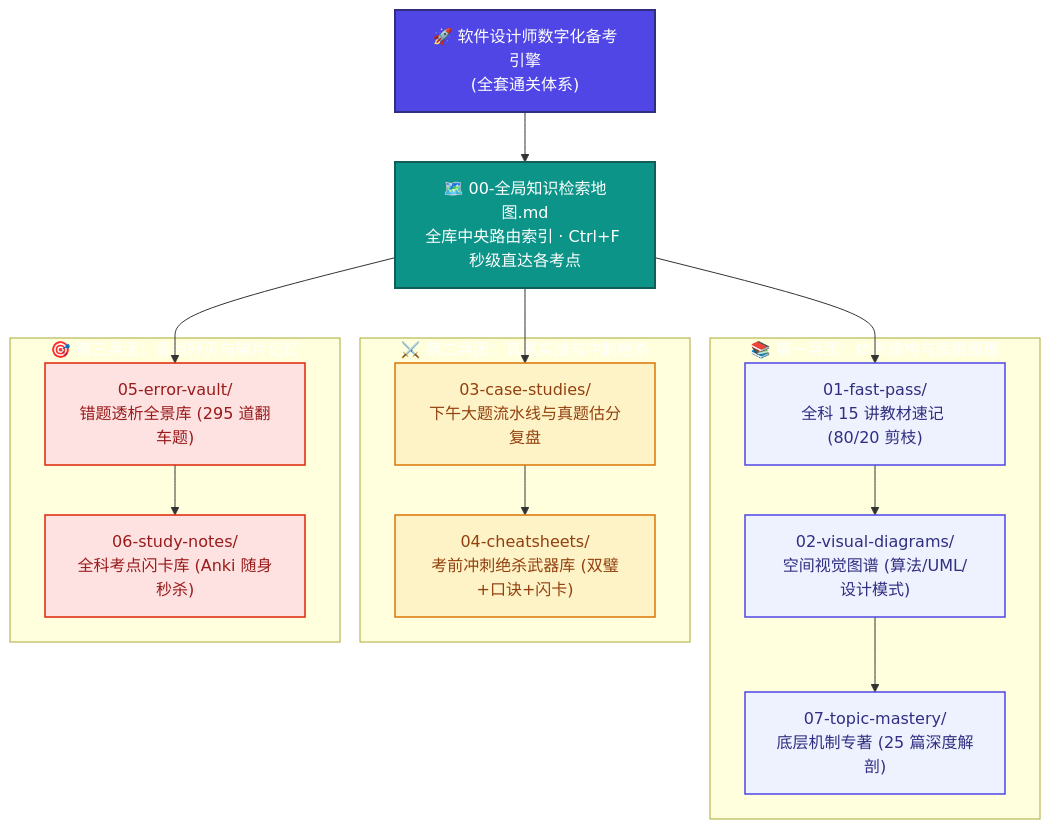
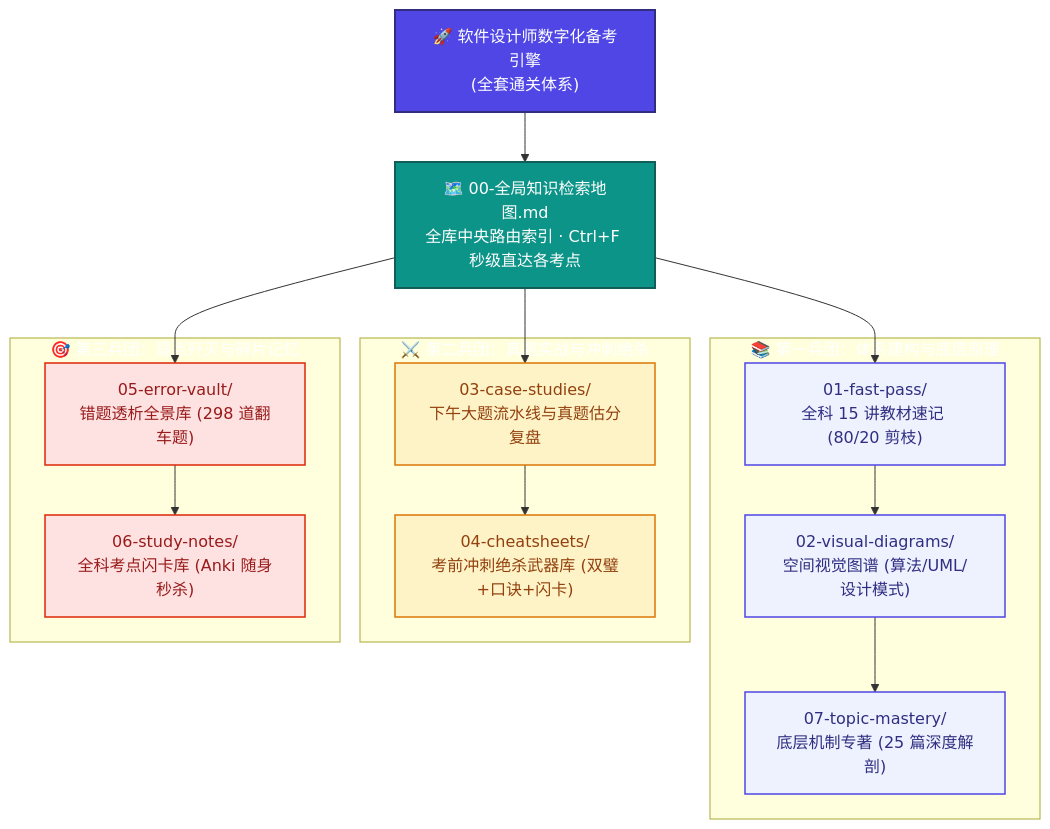
One commit to cpsa3/software-designer-fast-pass changed the diagram in README.md. Above: the diagram before and after it, drawn with Mermaid. The commit also changed other lines of this file and 2 other files, not shown here.

Commit message:
docs(error-vault): 归档错题296~298(ICMP网络层伴生协议/正规式运算符优先级/策略模式动态日志输出)

````diff
--- a/README.md
+++ b/README.md
@@ -70,36 +70,36 @@
 ```mermaid
 flowchart TD
     classDef root fill:#4F46E5,stroke:#312E81,stroke-width:2px,color:#fff
     classDef hub fill:#0D9488,stroke:#115E59,stroke-width:2px,color:#fff
     classDef base fill:#EEF2FF,stroke:#4F46E5,stroke-width:1.5px,color:#312E81
     classDef exam fill:#FEF3C7,stroke:#D97706,stroke-width:1.5px,color:#92400E
     classDef vault fill:#FEE2E2,stroke:#DC2706,stroke-width:1.5px,color:#991B1B
 
     Root["🚀 软件设计师数字化备考引擎<br>(全套通关体系)"]:::root
     Map["🗺️ 00-全局知识检索地图.md<br>全库中央路由索引 · Ctrl+F 秒级直达各考点"]:::hub
 
     Root --> Map
 
     subgraph G1["📚 第一兵团：体系建构与底层原理"]
         M1["01-fast-pass/<br>全科 15 讲教材速记 (80/20 剪枝)"]:::base
         M2["02-visual-diagrams/<br>空间视觉图谱 (算法/UML/设计模式)"]:::base
         M7["07-topic-mastery/<br>底层机制专著 (25 篇深度解剖)"]:::base
         M1 --> M2 --> M7
     end
 
     subgraph G2["⚔️ 第二兵团：真题实战与冲刺绝杀"]
         M3["03-case-studies/<br>下午大题流水线与真题估分复盘"]:::exam
         M4["04-cheatsheets/<br>考前冲刺绝杀武器库 (双璧+口诀+闪卡)"]:::exam
         M3 --> M4
     end
 
     subgraph G3["🎯 第三兵团：弱点歼灭与碎片记忆"]
-        M5["05-error-vault/<br>错题透析全景库 (295 道翻车题)"]:::vault
+        M5["05-error-vault/<br>错题透析全景库 (298 道翻车题)"]:::vault
         M6["06-study-notes/<br>全科考点闪卡库 (Anki 随身秒杀)"]:::vault
         M5 --> M6
     end
 
     Map --> M1
     Map --> M3
     Map --> M5
 ```
````
